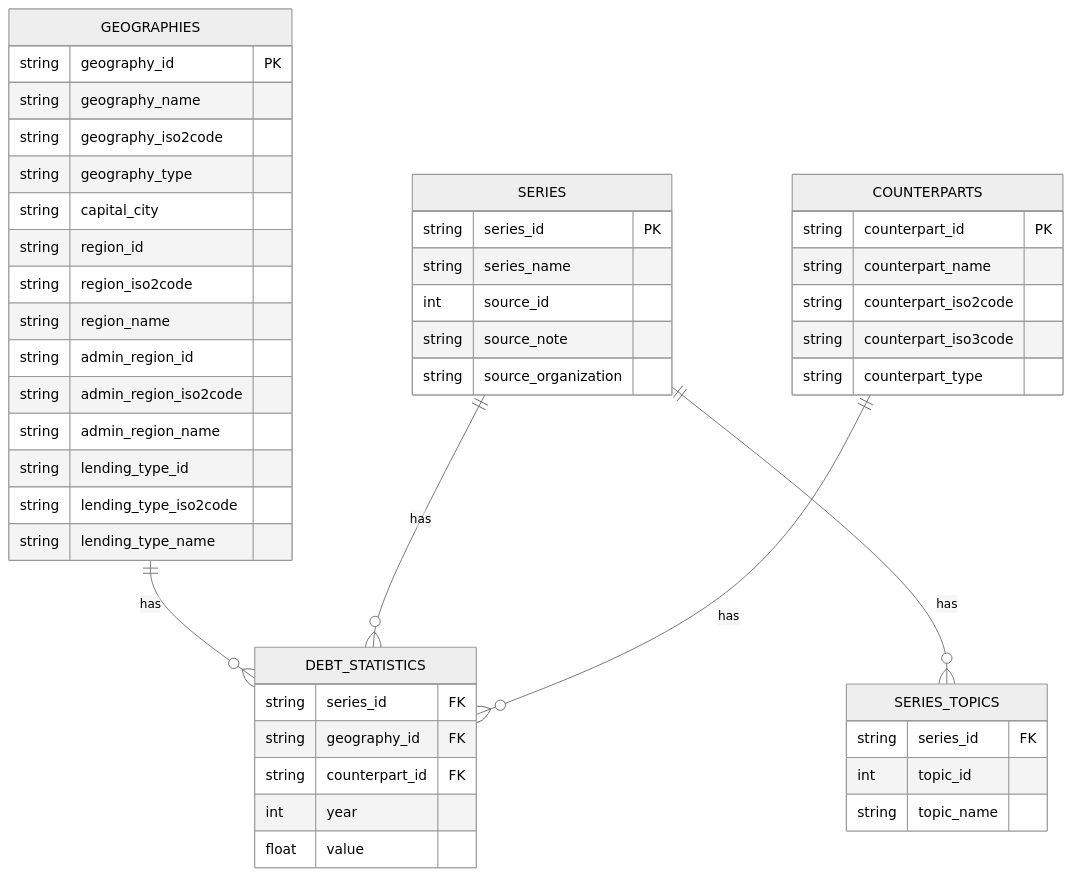
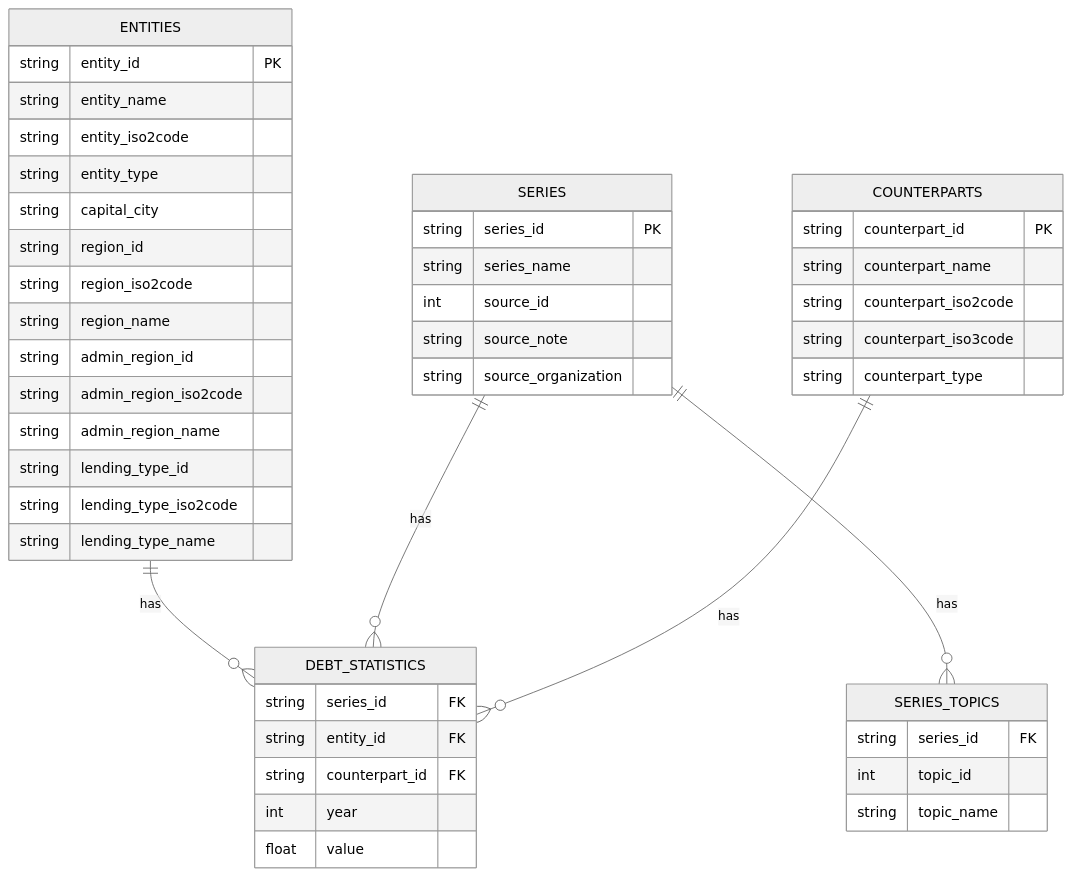
Before and after one commit to Teal-Insights/r-wbids: the diagram in vignettes/data-model.qmd, drawn with Mermaid (neutral theme). The commit also changed other lines of this file and 25 other files, not shown here.

Commit message:
Rename geographies to entities

````diff
--- a/vignettes/data-model.qmd
+++ b/vignettes/data-model.qmd
@@ -14,51 +14,51 @@
 ```{mermaid}
 %%| fig-width: 12
 %%| fig-height: 8
 erDiagram
-    GEOGRAPHIES ||--o{ DEBT_STATISTICS : has
-    GEOGRAPHIES {
-        string geography_id PK
-        string geography_name
-        string geography_iso2code
-        string geography_type
+    ENTITIES ||--o{ DEBT_STATISTICS : has
+    ENTITIES {
+        string entity_id PK
+        string entity_name
+        string entity_iso2code
+        string entity_type
         string capital_city
         string region_id
         string region_iso2code
         string region_name
         string admin_region_id
         string admin_region_iso2code
         string admin_region_name
         string lending_type_id
         string lending_type_iso2code
         string lending_type_name
     }
     SERIES ||--o{ DEBT_STATISTICS : has
     SERIES ||--o{ SERIES_TOPICS : has
     SERIES {
         string series_id PK
         string series_name
         int source_id
         string source_note
         string source_organization
     }
     COUNTERPARTS ||--o{ DEBT_STATISTICS : has
     COUNTERPARTS {
         string counterpart_id PK
         string counterpart_name
         string counterpart_iso2code
         string counterpart_iso3code
         string counterpart_type
     }
     SERIES_TOPICS {
         string series_id FK
         int topic_id 
         string topic_name 
     }
     DEBT_STATISTICS {
         string series_id FK
-        string geography_id FK
+        string entity_id FK
         string counterpart_id FK
         int year
         float value
     }
 ```
````
